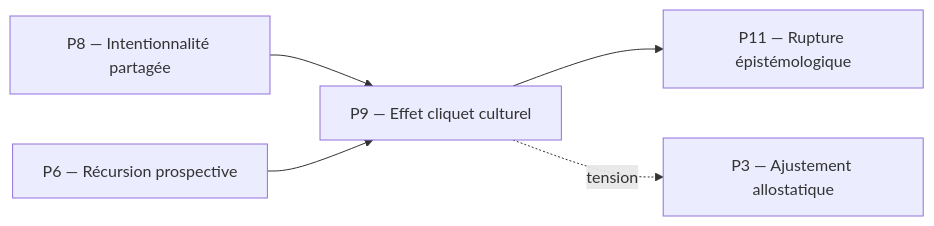
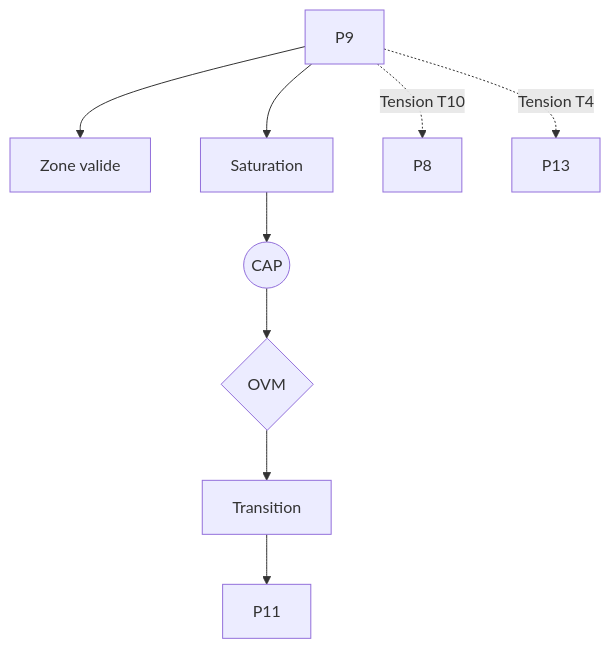
Before and after one commit to newgeko/protokin: the diagram in piliers/P9_effet_cliquet_culturel_tomasello.md, drawn with Mermaid. The commit also changed other lines of this file, not shown here.

````diff
--- a/piliers/P9_effet_cliquet_culturel_tomasello.md
+++ b/piliers/P9_effet_cliquet_culturel_tomasello.md
@@ -50,10 +314,17 @@
 ```mermaid
-graph LR
-    P9[P9 — Effet cliquet culturel]
+graph TD
 
-    P8[P8 — Intentionnalité partagée] --> P9
-    P6[P6 — Récursion prospective] --> P9
-    P9 --> P11[P11 — Rupture épistémologique]
-    P9 -. tension .-> P3[P3 — Ajustement allostatique]
+P[P9]
 
+P --> V[Zone valide]
+P --> S[Saturation]
+
+S --> CAP((CAP))
+CAP --> OVM{OVM}
+OVM --> T[Transition]
+
+T --> P11[P11]
+
+P -. Tension T10 .-> P8[P8]
+P -. Tension T4 .-> P13[P13]
 ```
````
